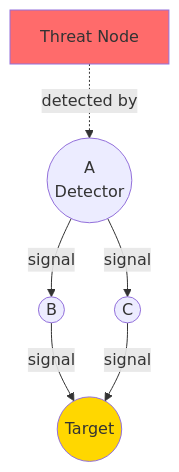
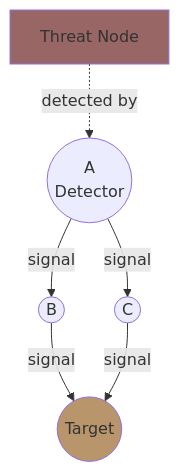
One commit to ScopeCreep-zip/Symbiont changed the tenth of 16 diagrams in docs/architecture/network.md. Above: the diagram before and after it, drawn with Mermaid. The commit also changed other lines of this file and 17 other files, not shown here.

Commit message:
update to diagram colors

````diff
--- a/docs/architecture/network.md
+++ b/docs/architecture/network.md
@@ -358,18 +358,18 @@
 ```mermaid
 graph TB
     THREAT[Threat Node]
 
     A((A<br/>Detector))
     B((B))
     C((C))
     TARGET((Target))
 
     THREAT -.->|detected by| A
     A -->|signal| B
     A -->|signal| C
     B -->|signal| TARGET
     C -->|signal| TARGET
 
-    style THREAT fill:#FF6B6B
-    style TARGET fill:#FFD700
+    style THREAT fill:#996666
+    style TARGET fill:#b8956b
 ```
````
